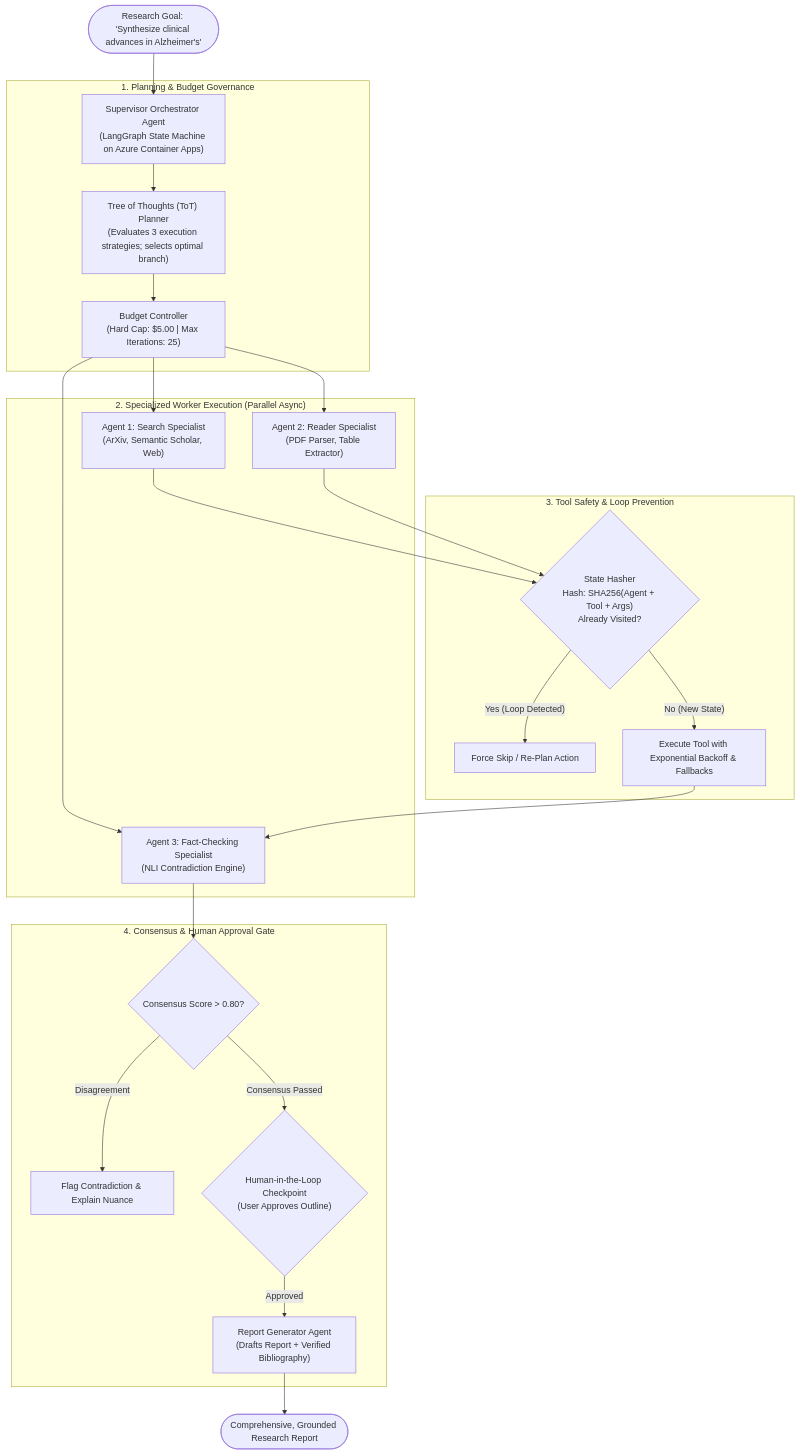
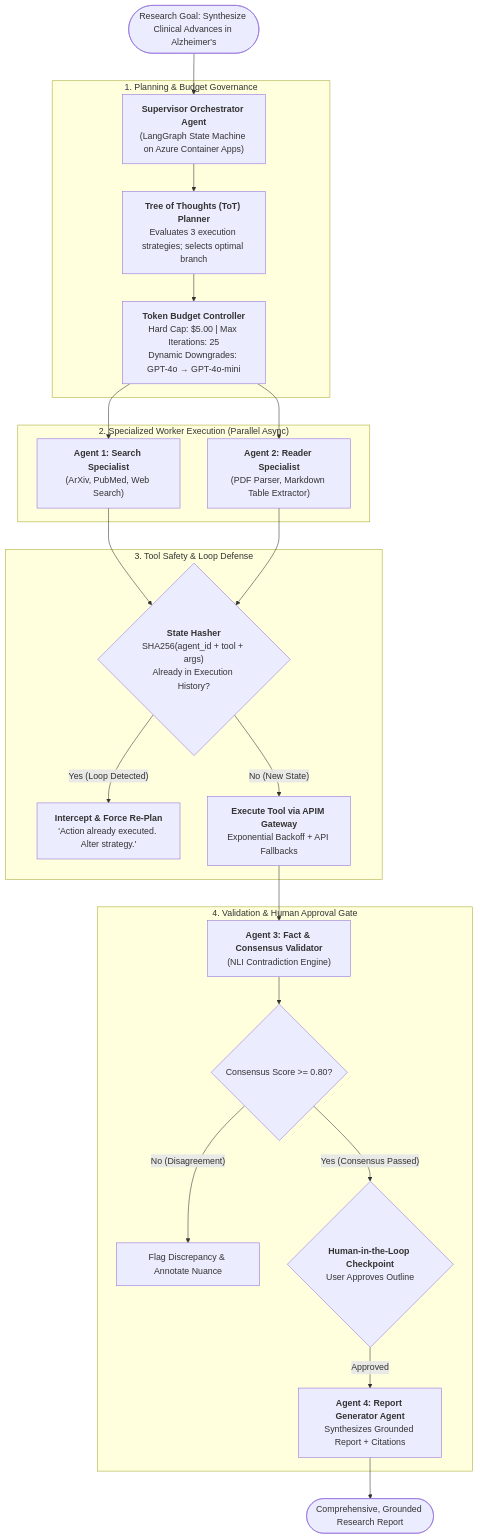
Before and after one commit to rahulkumarjha26/genai-study-materials: the eighth of 10 diagrams in README_V2.md, drawn with Mermaid. The commit also changed other lines of this file, not shown here.

Commit message:
Reboot README_V2.md with Teacher-First Framework, 1:1 Flowchart Alignment, Jargon Decoders, and Zero Repetition

````diff
--- a/README_V2.md
+++ b/README_V2.md
@@ -684,32 +801,34 @@
 ```mermaid
 flowchart TD
-    Goal(["Research Goal: 'Synthesize clinical advances in Alzheimer's'"]) --> Supervisor["Supervisor Orchestrator Agent<br/>(LangGraph State Machine on Azure Container Apps)"]
+    Goal(["Research Goal: Synthesize Clinical Advances in Alzheimer's"]) --> Supervisor["<b>Supervisor Orchestrator Agent</b><br/>(LangGraph State Machine on Azure Container Apps)"]
     
     subgraph PLANNING["1. Planning & Budget Governance"]
-        Supervisor --> ToT["Tree of Thoughts (ToT) Planner<br/>(Evaluates 3 execution strategies; selects optimal branch)"]
-        ToT --> Budget["Budget Controller<br/>(Hard Cap: $5.00 | Max Iterations: 25)"]
+        Supervisor --> ToT["<b>Tree of Thoughts (ToT) Planner</b><br/>Evaluates 3 execution strategies; selects optimal branch"]
+        ToT --> Budget["<b>Token Budget Controller</b><br/>Hard Cap: $5.00 | Max Iterations: 25<br/>Dynamic Downgrades: GPT-4o → GPT-4o-mini"]
     end
 
     subgraph WORKERS["2. Specialized Worker Execution (Parallel Async)"]
-        Budget --> Search["Agent 1: Search Specialist<br/>(ArXiv, Semantic Scholar, Web)"]
-        Budget --> Read["Agent 2: Reader Specialist<br/>(PDF Parser, Table Extractor)"]
-        Budget --> Fact["Agent 3: Fact-Checking Specialist<br/>(NLI Contradiction Engine)"]
+        Budget --> SearchAgent["<b>Agent 1: Search Specialist</b><br/>(ArXiv, PubMed, Web Search)"]
+        Budget --> ReaderAgent["<b>Agent 2: Reader Specialist</b><br/>(PDF Parser, Markdown Table Extractor)"]
     end
 
-    subgraph SAFETY["3. Tool Safety & Loop Prevention"]
-        Search --> Hasher{"State Hasher<br/>Hash: SHA256(Agent + Tool + Args)<br/>Already Visited?"}
-        Read --> Hasher
-        Hasher -- "Yes (Loop Detected)" --> Break["Force Skip / Re-Plan Action"]
-        Hasher -- "No (New State)" --> ToolExec["Execute Tool with Exponential Backoff & Fallbacks"]
+    subgraph SAFETY["3. Tool Safety & Loop Defense"]
+        SearchAgent --> Hasher{"<b>State Hasher</b><br/>SHA256(agent_id + tool + args)<br/>Already in Execution History?"}
+        ReaderAgent --> Hasher
+        
+        Hasher -- "Yes (Loop Detected)" --> Intercept["<b>Intercept & Force Re-Plan</b><br/>'Action already executed. Alter strategy.'"]
+        Hasher -- "No (New State)" --> ToolExec["<b>Execute Tool via APIM Gateway</b><br/>Exponential Backoff + API Fallbacks"]
     end
 
-    subgraph VALIDATION["4. Consensus & Human Approval Gate"]
-        ToolExec --> Fact
-        Fact --> Consensus{"Consensus Score > 0.80?"}
-        Consensus -- "Disagreement" --> Reconcile["Flag Contradiction & Explain Nuance"]
-        Consensus -- "Consensus Passed" --> HITL{"Human-in-the-Loop Checkpoint<br/>(User Approves Outline)"}
-        HITL -- "Approved" --> Writer["Report Generator Agent<br/>(Drafts Report + Verified Bibliography)"]
+    subgraph VALIDATION["4. Validation & Human Approval Gate"]
+        ToolExec --> FactValidator["<b>Agent 3: Fact & Consensus Validator</b><br/>(NLI Contradiction Engine)"]
+        FactValidator --> Consensus{"Consensus Score >= 0.80?"}
+        
+        Consensus -- "No (Disagreement)" --> Reconcile["Flag Discrepancy & Annotate Nuance"]
+        Consensus -- "Yes (Consensus Passed)" --> HITL{"<b>Human-in-the-Loop Checkpoint</b><br/>User Approves Outline"}
+        
+        HITL -- "Approved" --> WriterAgent["<b>Agent 4: Report Generator Agent</b><br/>Synthesizes Grounded Report + Citations"]
     end
 
-    Writer --> FinalReport(["Comprehensive, Grounded Research Report"])
+    WriterAgent --> FinalReport(["Comprehensive, Grounded Research Report"])
 ```
````
